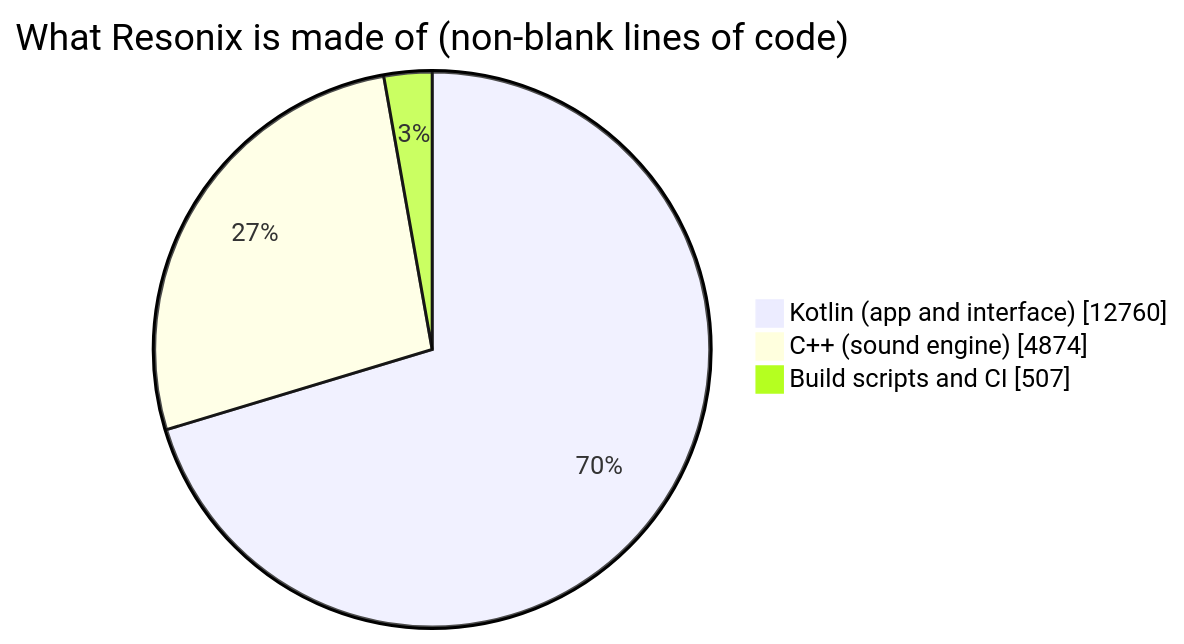
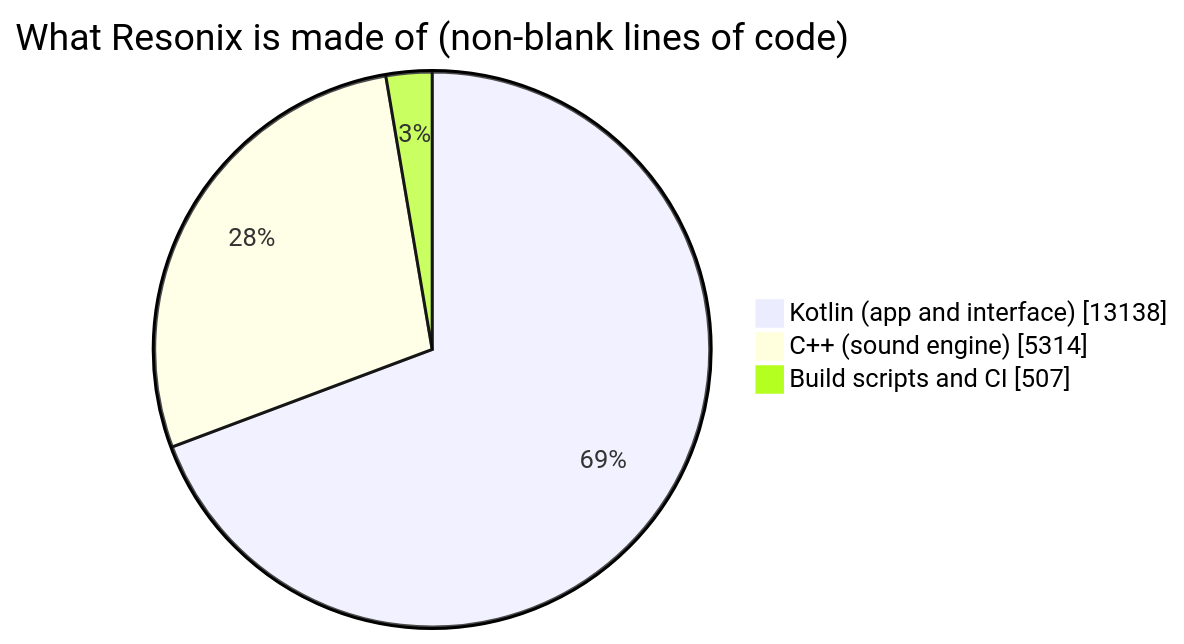
Before and after one commit to aravindrejidev/Resonix: the fifth of 5 diagrams in README.md, drawn with Mermaid. The commit also changed other lines of this file and 34 other files, not shown here.

````diff
--- a/README.md
+++ b/README.md
@@ -517,6 +526,6 @@
 ```mermaid
 pie showData title What Resonix is made of (non-blank lines of code)
-    "Kotlin (app and interface)" : 12760
-    "C++ (sound engine)" : 4874
+    "Kotlin (app and interface)" : 13138
+    "C++ (sound engine)" : 5314
     "Build scripts and CI" : 507
 ```
````
